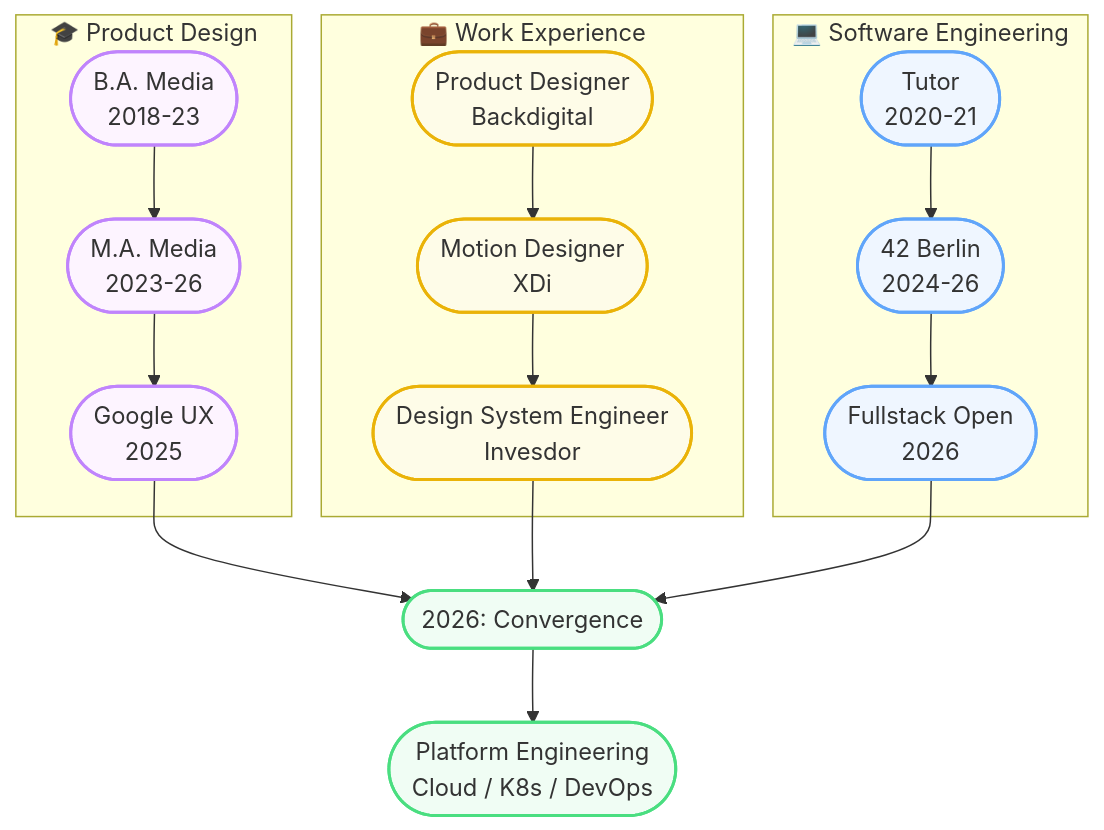
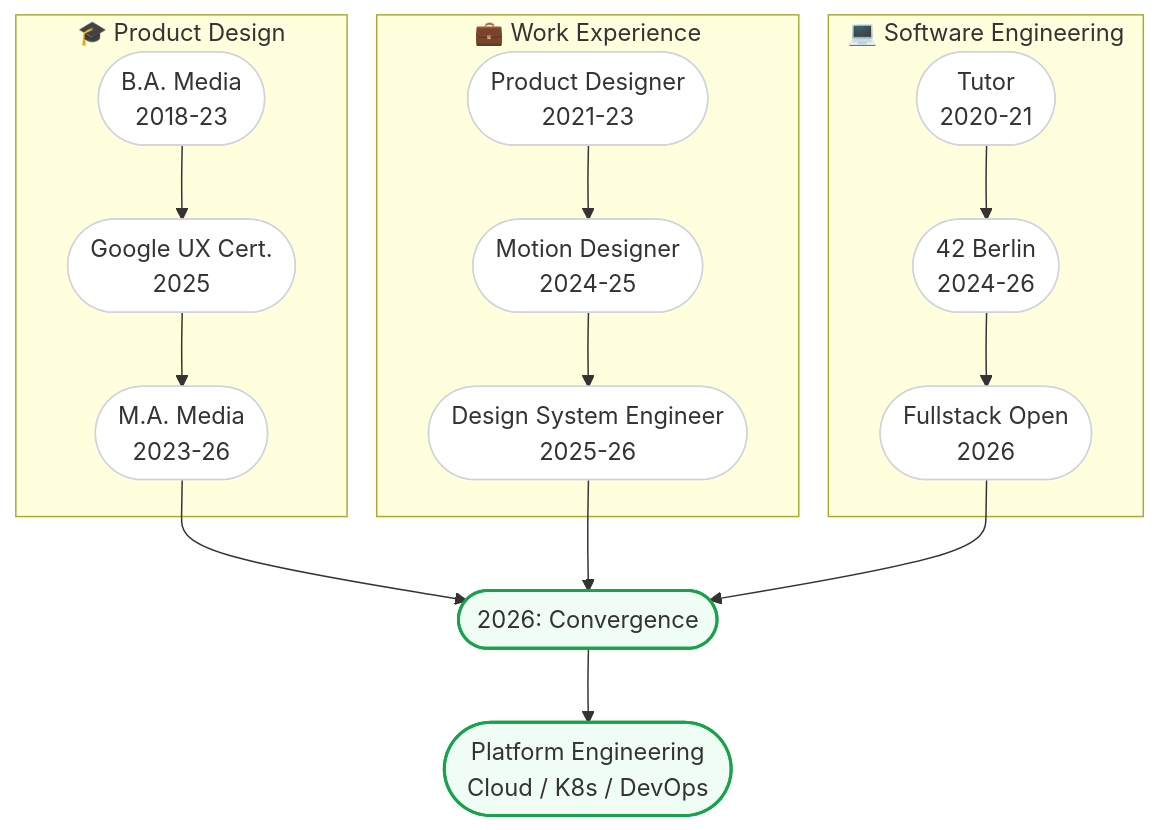
One commit to Kopfdreher/Kopfdreher changed the diagram in README.md. Above: the diagram before and after it, drawn with Mermaid. The commit also changed other lines of this file, not shown here.

Commit message:
add: learning path

````diff
--- a/README.md
+++ b/README.md
@@ -31,26 +31,23 @@
 ```mermaid
 graph TD
-    classDef edu fill:#fdf4ff,stroke:#c084fc,stroke-width:2px;
-    classDef job fill:#fefce8,stroke:#eab308,stroke-width:2px;
-    classDef tech fill:#eff6ff,stroke:#60a5fa,stroke-width:2px;
-    classDef joint fill:#f0fdf4,stroke:#4ade80,stroke-width:2px;
-    classDef title fill:none,stroke:none;
+    classDef node fill:#fff,stroke:#d1d5db,stroke-width:1px;
+    classDef joint fill:#f0fdf4,stroke:#16a34a,stroke-width:2px;
 
     subgraph EDU ["🎓 Product Design"]
-        E1([B.A. Media<br/>2018-23]):::edu --> E2([M.A. Media<br/>2023-26]):::edu --> E3([Google UX<br/>2025]):::edu
+        E1([B.A. Media<br/>2018-23]):::node --> E2([Google UX Cert.<br/>2025]):::node --> E3([M.A. Media<br/>2023-26]):::node
     end
 
     subgraph JOB ["💼 Work Experience"]
-        J1([Product Designer<br/>Backdigital]):::job --> J2([Motion Designer<br/>XDi]):::job --> J3([Design System Engineer<br/>Invesdor]):::job
+        J1([Product Designer<br/>2021-23]):::node --> J2([Motion Designer<br/>2024-25]):::node --> J3([Design System Engineer<br/>2025-26]):::node
     end
 
     subgraph SWE ["💻 Software Engineering"]
-        S1([Tutor<br/>2020-21]):::tech --> S2([42 Berlin<br/>2024-26]):::tech --> S3([Fullstack Open<br/>2026]):::tech
+        S1([Tutor<br/>2020-21]):::node --> S2([42 Berlin<br/>2024-26]):::node --> S3([Fullstack Open<br/>2026]):::node
     end
 
     E3 --> JOIN([2026: Convergence]):::joint
     J3 --> JOIN
     S3 --> JOIN
 
     JOIN --> P1([Platform Engineering<br/>Cloud / K8s / DevOps]):::joint
 ```
````
